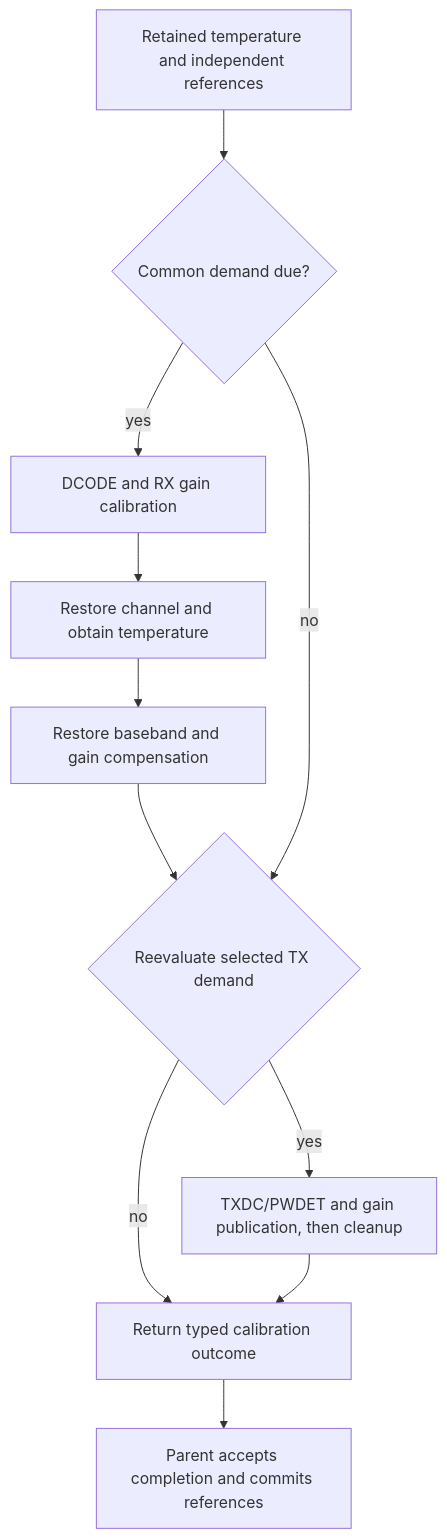
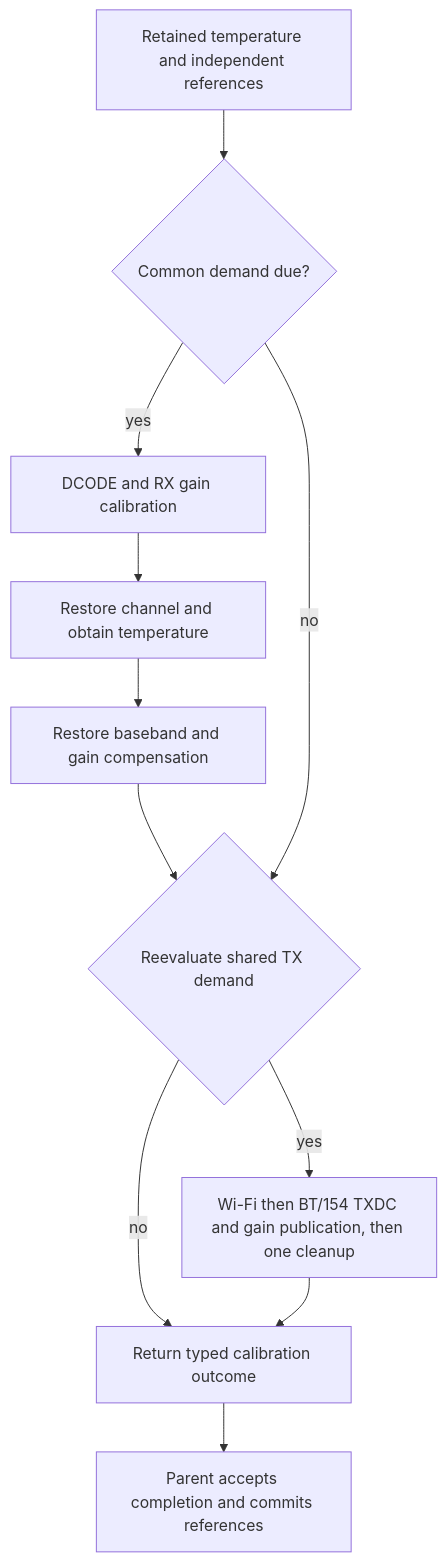
One commit to ermacv/open-esp-radio-rs changed the first of 2 diagrams in crates/hardware/esp32s31/phy/src/tracking/README.md. Above: the diagram before and after it, drawn with Mermaid. The commit also changed other lines of this file and 139 other files, not shown here.

````diff
--- a/crates/hardware/esp32s31/phy/src/tracking/README.md
+++ b/crates/hardware/esp32s31/phy/src/tracking/README.md
@@ -146,13 +148,13 @@
 ```mermaid
 flowchart TD
     retained[Retained temperature and independent references] --> common{Common demand due?}
     common -- yes --> rx[DCODE and RX gain calibration]
     rx --> restore[Restore channel and obtain temperature]
     restore --> cleanup[Restore baseband and gain compensation]
-    cleanup --> tx{Reevaluate selected TX demand}
+    cleanup --> tx{Reevaluate shared TX demand}
     common -- no --> tx
-    tx -- yes --> transmit[TXDC/PWDET and gain publication, then cleanup]
+    tx -- yes --> transmit[Wi-Fi then BT/154 TXDC and gain publication, then one cleanup]
     tx -- no --> outcome[Return typed calibration outcome]
     transmit --> outcome
     outcome --> owner[Parent accepts completion and commits references]
 ```
````
